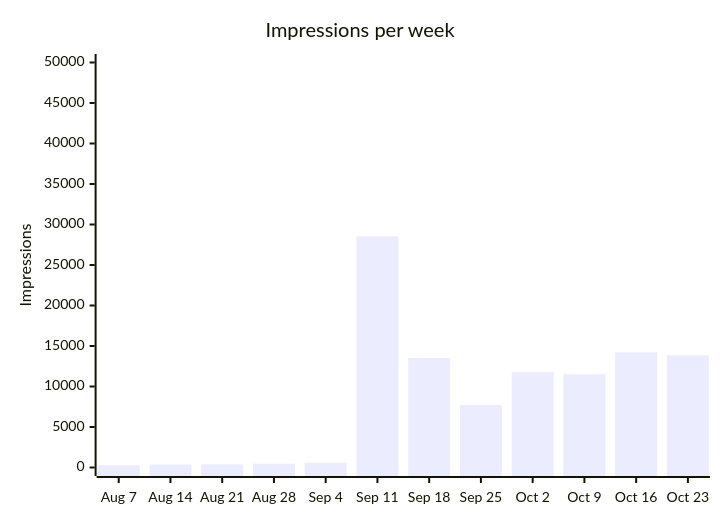
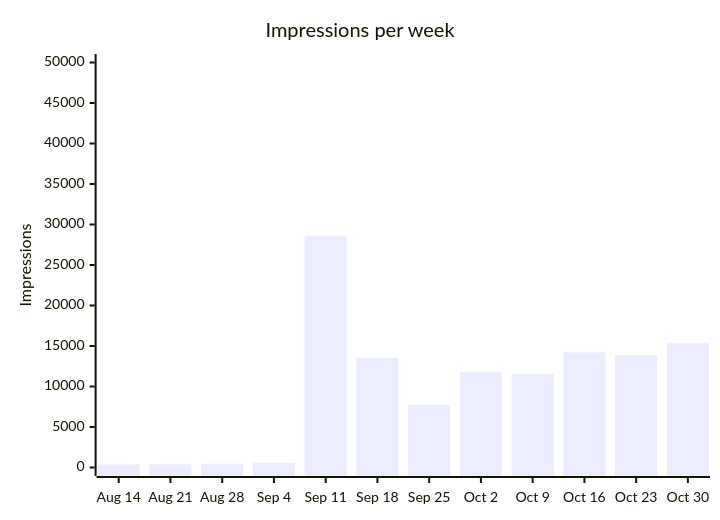
The second of 13 diagrams in latest.md (langx/website), drawn with Mermaid before and after one commit. The commit also changed other lines of this file and 2 other files, not shown here.

````diff
--- a/latest.md
+++ b/latest.md
@@ -28,7 +28,7 @@
 ```mermaid
 xychart-beta
   title "Impressions per week"
-  x-axis ["Aug 7", "Aug 14", "Aug 21", "Aug 28", "Sep 4", "Sep 11", "Sep 18", "Sep 25", "Oct 2", "Oct 9", "Oct 16", "Oct 23"]
+  x-axis ["Aug 14", "Aug 21", "Aug 28", "Sep 4", "Sep 11", "Sep 18", "Sep 25", "Oct 2", "Oct 9", "Oct 16", "Oct 23", "Oct 30"]
   y-axis "Impressions" 0 --> 50000
-  bar [279, 368, 392, 474, 601, 28541, 13529, 7711, 11776, 11513, 14211, 13853]
+  bar [368, 392, 474, 601, 28541, 13529, 7711, 11776, 11513, 14211, 13853, 15345]
 ```
````
